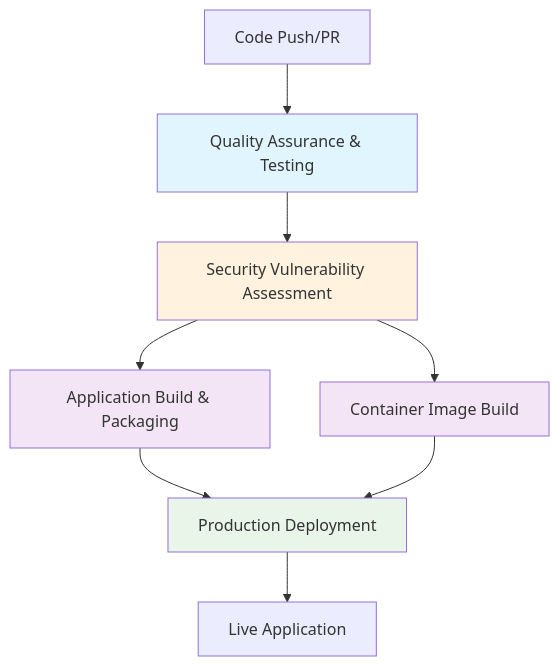
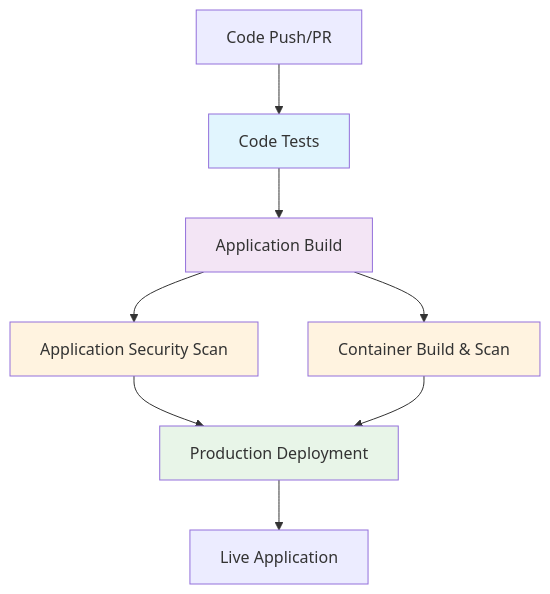
The diagram in docs/CI_CD_PIPELINE.md (evanhfox/jambo-draw-winner), drawn with Mermaid before and after one commit. The commit also changed other lines of this file and 2 other files, not shown here.

First line of the commit message:
docs: Update CI/CD documentation to reflect security-first architecture

````diff
--- a/docs/CI_CD_PIPELINE.md
+++ b/docs/CI_CD_PIPELINE.md
@@ -11,16 +11,16 @@
 ```mermaid
 graph TD
-    A[Code Push/PR] --> B[Quality Assurance & Testing]
-    B --> C[Security Vulnerability Assessment]
-    C --> D[Application Build & Packaging]
-    C --> E[Container Image Build]
+    A[Code Push/PR] --> B[Code Tests]
+    B --> C[Application Build]
+    C --> D[Application Security Scan]
+    C --> E[Container Build & Scan]
     D --> F[Production Deployment]
     E --> F
     F --> G[Live Application]
     
     style B fill:#e1f5fe
-    style C fill:#fff3e0
-    style D fill:#f3e5f5
-    style E fill:#f3e5f5
+    style C fill:#f3e5f5
+    style D fill:#fff3e0
+    style E fill:#fff3e0
     style F fill:#e8f5e8
 ```
````
